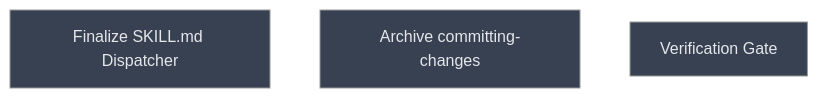
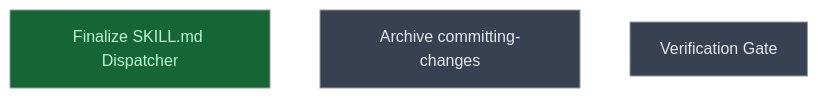
The diagram in __roadmap__/writing-history-skill/author/assemble/README.md (CrackingShells/cracking-shells-playbook), drawn with Mermaid (neutral theme) before and after one commit. The commit also changed other lines of this file, not shown here.

Commit message:
chore(writing-history): mark skill_dispatcher leaf done

````diff
--- a/__roadmap__/writing-history-skill/author/assemble/README.md
+++ b/__roadmap__/writing-history-skill/author/assemble/README.md
@@ -23,11 +23,11 @@
 ```mermaid
 graph TD
-    skill_dispatcher[Finalize SKILL.md Dispatcher]:::planned
+    skill_dispatcher[Finalize SKILL.md Dispatcher]:::done
     archive_committing_changes[Archive committing-changes]:::planned
     verify[Verification Gate]:::planned
     classDef done       fill:#166534,color:#bbf7d0
     classDef inprogress fill:#854d0e,color:#fef08a
     classDef planned    fill:#374151,color:#e5e7eb
     classDef amendment  fill:#1e3a5f,color:#bfdbfe
     classDef blocked    fill:#7f1d1d,color:#fecaca
 ```
````
